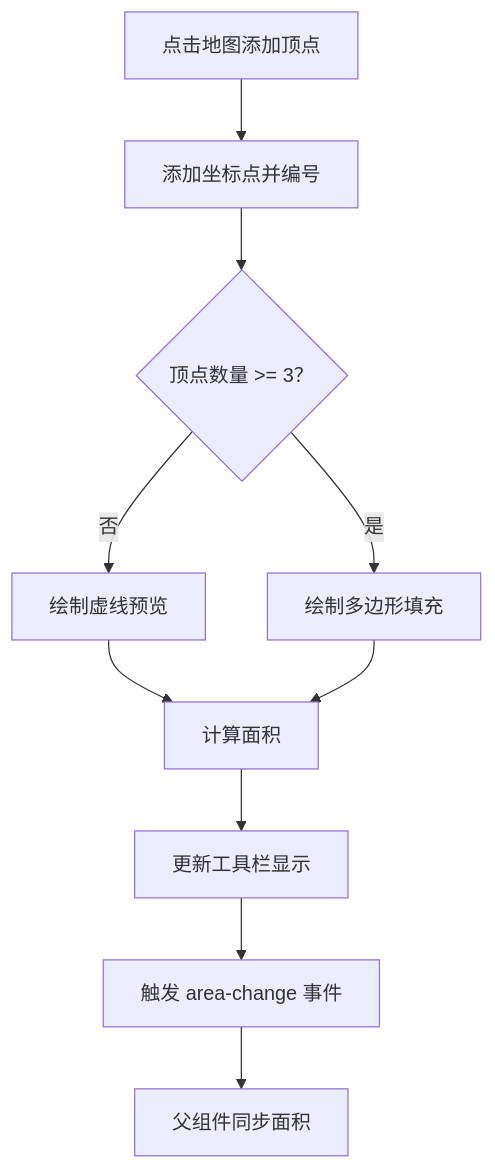
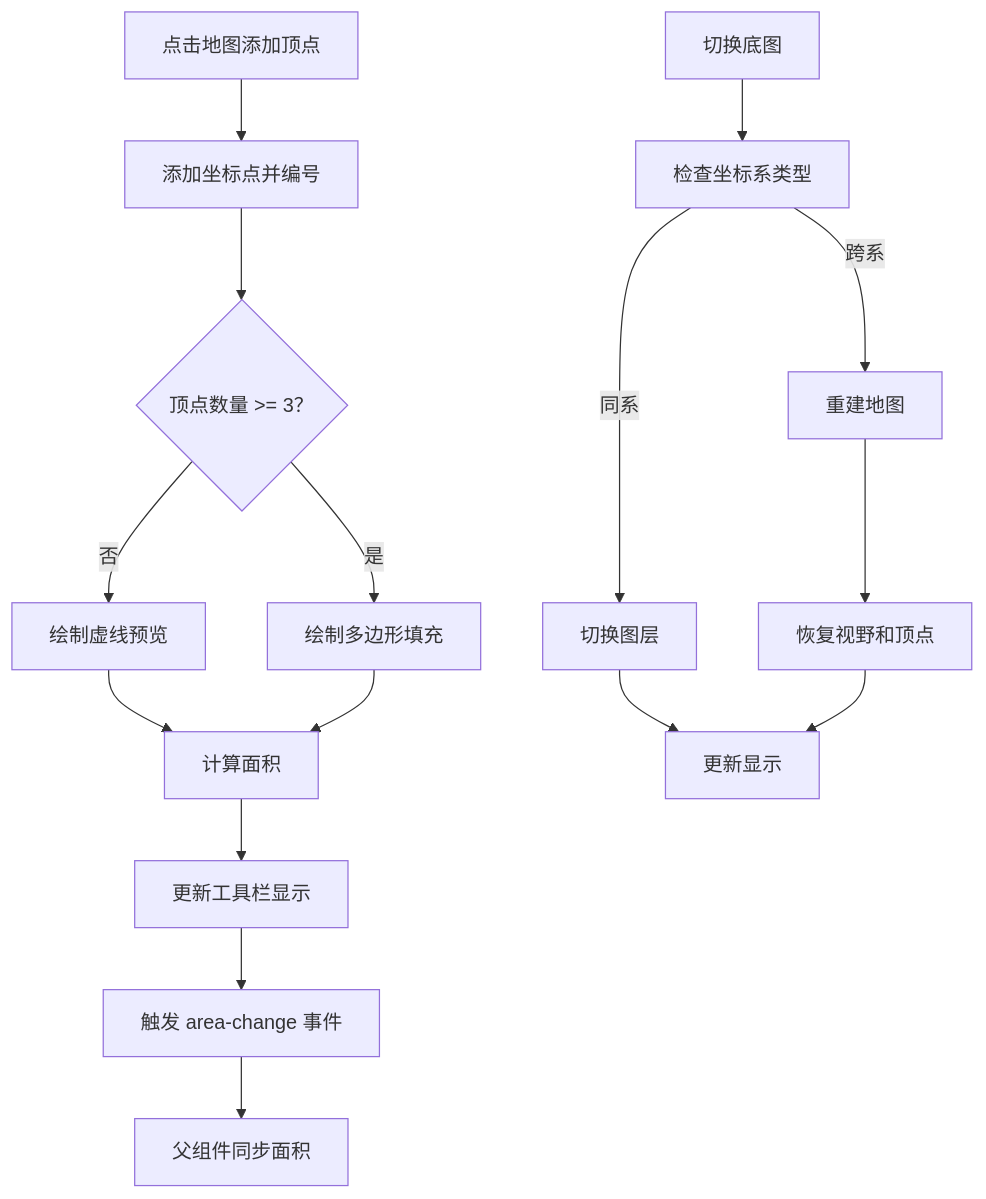
The fourth of 9 diagrams in .qoder/repowiki/zh/content/前端应用文档/核心页面/地块管理页面/地块编辑页面.md (q446328246/agri-platform), drawn with Mermaid before and after one commit. The commit also changed other lines of this file and 48 other files, not shown here.

````diff
--- a/.qoder/repowiki/zh/content/前端应用文档/核心页面/地块管理页面/地块编辑页面.md
+++ b/.qoder/repowiki/zh/content/前端应用文档/核心页面/地块管理页面/地块编辑页面.md
@@ -241,12 +283,18 @@
 ```mermaid
 flowchart TD
 Click["点击地图添加顶点"] --> AddPoint["添加坐标点并编号"]
 AddPoint --> CheckPoints{"顶点数量 >= 3？"}
 CheckPoints --> |否| DrawLine["绘制虚线预览"]
 CheckPoints --> |是| DrawPolygon["绘制多边形填充"]
 DrawLine --> CalcArea["计算面积"]
 DrawPolygon --> CalcArea
 CalcArea --> UpdateUI["更新工具栏显示"]
 UpdateUI --> EmitEvent["触发 area-change 事件"]
 EmitEvent --> ParentSync["父组件同步面积"]
+Sub["切换底图"] --> CheckCoord["检查坐标系类型"]
+CheckCoord --> |同系| SwitchLayer["切换图层"]
+CheckCoord --> |跨系| RebuildMap["重建地图"]
+RebuildMap --> RestoreView["恢复视野和顶点"]
+SwitchLayer --> UpdateDisplay["更新显示"]
+RestoreView --> UpdateDisplay
 ```
````
